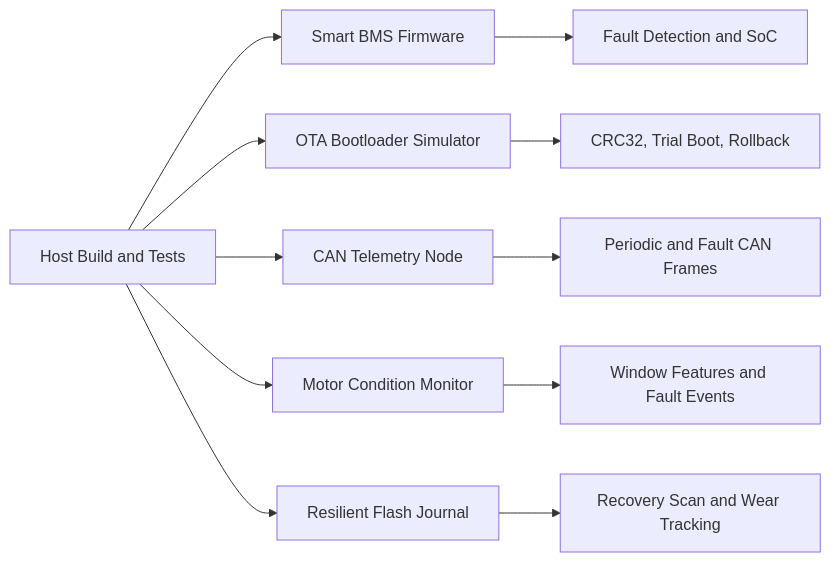
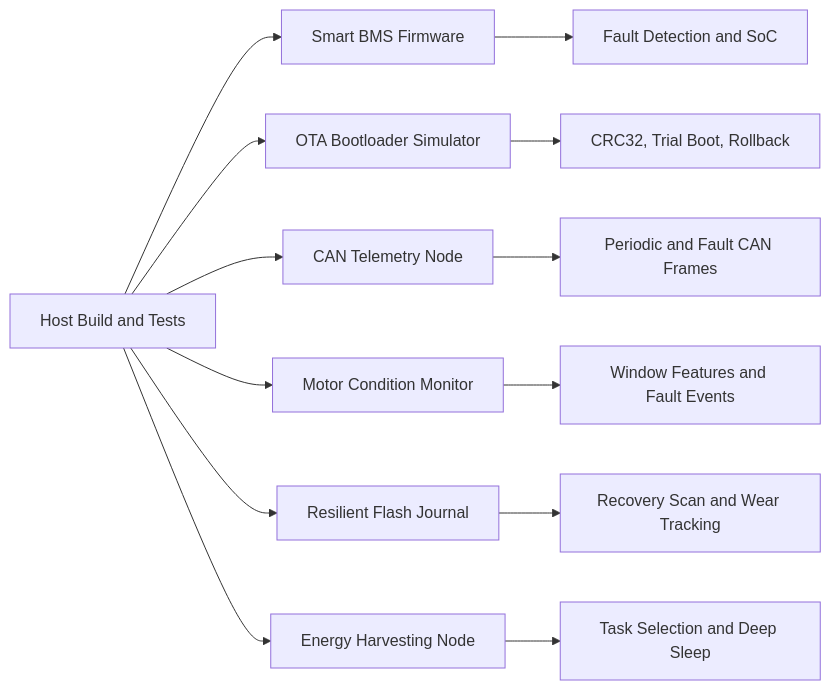
The diagram in README.md (akifitu/embedded-systems-portfolio-lab), drawn with Mermaid before and after one commit. The commit also changed other lines of this file and 16 other files, not shown here.

Commit message:
Add energy harvesting node project

````diff
--- a/README.md
+++ b/README.md
@@ -23,13 +24,15 @@
 ```mermaid
 flowchart LR
     Host[Host Build and Tests] --> BMS[Smart BMS Firmware]
     Host --> OTA[OTA Bootloader Simulator]
     Host --> CAN[CAN Telemetry Node]
     Host --> MCM[Motor Condition Monitor]
     Host --> RFJ[Resilient Flash Journal]
+    Host --> EHN[Energy Harvesting Node]
     BMS --> Safety[Fault Detection and SoC]
     OTA --> Reliability[CRC32, Trial Boot, Rollback]
     CAN --> VehicleBus[Periodic and Fault CAN Frames]
     MCM --> Predictive[Window Features and Fault Events]
     RFJ --> Persistence[Recovery Scan and Wear Tracking]
+    EHN --> Power[Task Selection and Deep Sleep]
 ```
````
